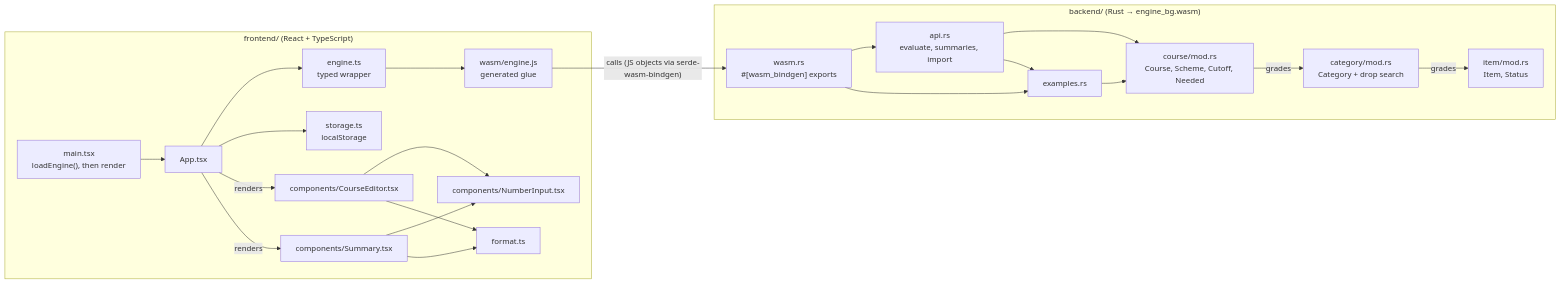
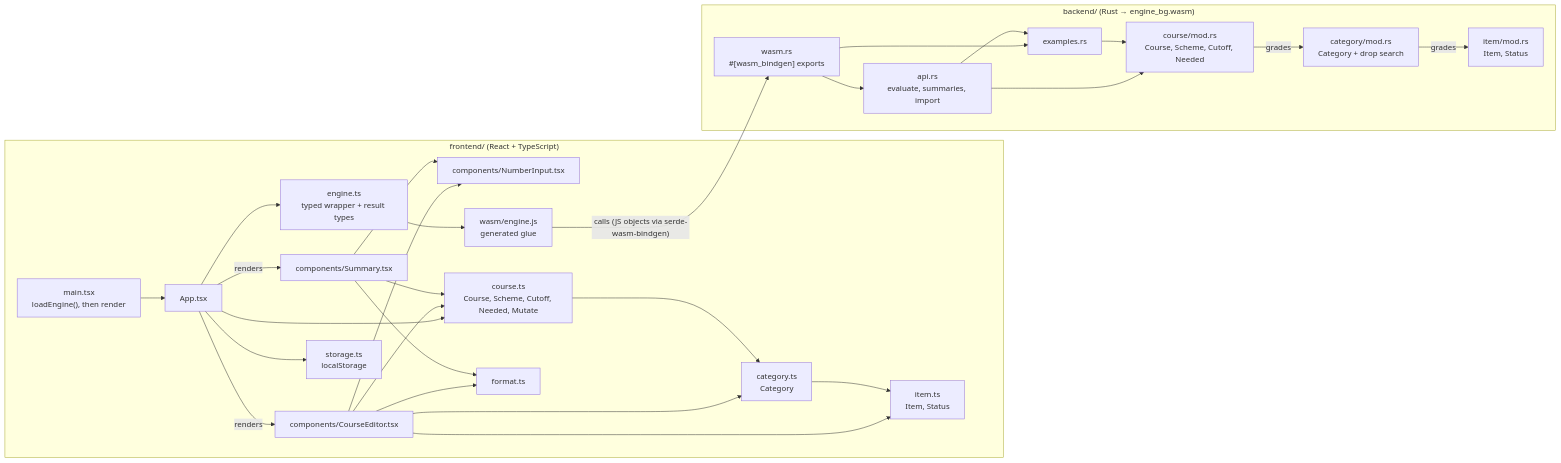
The first of 9 diagrams in docs/uml.md (Patman1O1/grade-calculator), drawn with Mermaid before and after one commit. The commit also changed other lines of this file and 9 other files, not shown here.

First line of the commit message:
Split the front-end model into item, category and course modules

````diff
--- a/docs/uml.md
+++ b/docs/uml.md
@@ -20,40 +20,49 @@
 ```mermaid
 flowchart LR
   subgraph frontend["frontend/ (React + TypeScript)"]
     main["main.tsx<br/>loadEngine(), then render"]
     App["App.tsx"]
     CourseEditor["components/CourseEditor.tsx"]
     Summary["components/Summary.tsx"]
     NumberInput["components/NumberInput.tsx"]
-    enginets["engine.ts<br/>typed wrapper"]
+    coursets["course.ts<br/>Course, Scheme, Cutoff, Needed, Mutate"]
+    categoryts["category.ts<br/>Category"]
+    itemts["item.ts<br/>Item, Status"]
+    enginets["engine.ts<br/>typed wrapper + result types"]
     glue["wasm/engine.js<br/>generated glue"]
     storage["storage.ts<br/>localStorage"]
     format["format.ts"]
   end
   subgraph engine["backend/ (Rust → engine_bg.wasm)"]
     wasm["wasm.rs<br/>#[wasm_bindgen] exports"]
     api["api.rs<br/>evaluate, summaries, import"]
     item["item/mod.rs<br/>Item, Status"]
     category["category/mod.rs<br/>Category + drop search"]
     course["course/mod.rs<br/>Course, Scheme, Cutoff, Needed"]
     examples["examples.rs"]
   end
 
   main --> App
   App --> enginets --> glue
   App --> storage
   App -->|renders| CourseEditor
   App -->|renders| Summary
   CourseEditor --> NumberInput
   Summary --> NumberInput
   CourseEditor --> format
   Summary --> format
+  App --> coursets
+  CourseEditor --> coursets
+  CourseEditor --> categoryts
+  CourseEditor --> itemts
+  Summary --> coursets
+  coursets --> categoryts --> itemts
   glue -->|"calls (JS objects via serde-wasm-bindgen)"| wasm
   wasm --> api
   wasm --> examples
   api --> course
   api --> examples
   examples --> course
   course -->|grades| category
   category -->|grades| item
 ```
````
